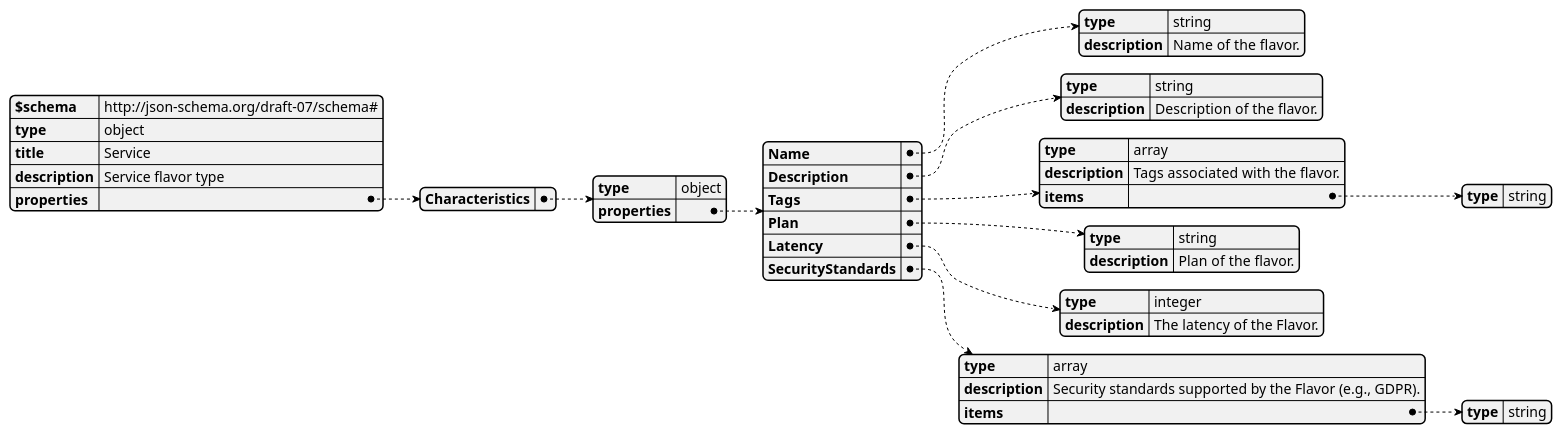
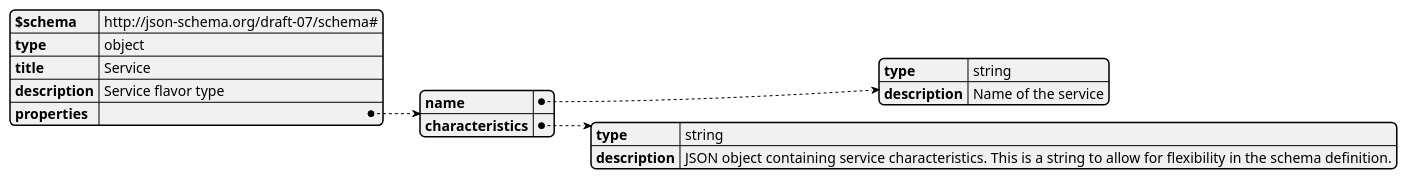
One commit to fluidos-project/REAR-data-models changed the diagram in puml/models/schemas/flavor-types/service.puml. Above: the diagram before and after it, drawn with PlantUML. The commit also changed 1 other file, not shown here.

Commit message:
abstracting Service FlavorType data model

```diff
--- a/puml/models/schemas/flavor-types/service.puml
+++ b/puml/models/schemas/flavor-types/service.puml
@@ -1,45 +1,18 @@
 @startjson
 {
     "$schema": "http://json-schema.org/draft-07/schema#",
     "type": "object",
     "title": "Service",
     "description": "Service flavor type",
     "properties": {
-        "Characteristics": {
-            "type": "object",
-            "properties": {
-                "Name": {
-                    "type": "string",
-                    "description": "Name of the flavor."
-                },
-                "Description": {
-                    "type": "string",
-                    "description": "Description of the flavor."
-                },
-                "Tags": {
-                    "type": "array",
-                    "description": "Tags associated with the flavor.",
-                    "items": {
-                        "type": "string"
-                    }
-                },
-                "Plan": {
-                    "type": "string",
-                    "description": "Plan of the flavor."
-                },
-                "Latency": {
-                    "type": "integer",
-                    "description": "The latency of the Flavor."
-                },
-                "SecurityStandards": {
-                    "type": "array",
-                    "description": "Security standards supported by the Flavor (e.g., GDPR).",
-                    "items": {
-                        "type": "string"
-                    }
-                }
-            }
+        "name": {
+            "type": "string",
+            "description": "Name of the service"
+        },
+        "characteristics": {
+            "type": "string",
+            "description": "JSON object containing service characteristics. This is a string to allow for flexibility in the schema definition."
         }
     }
 }
 @endjson
```
